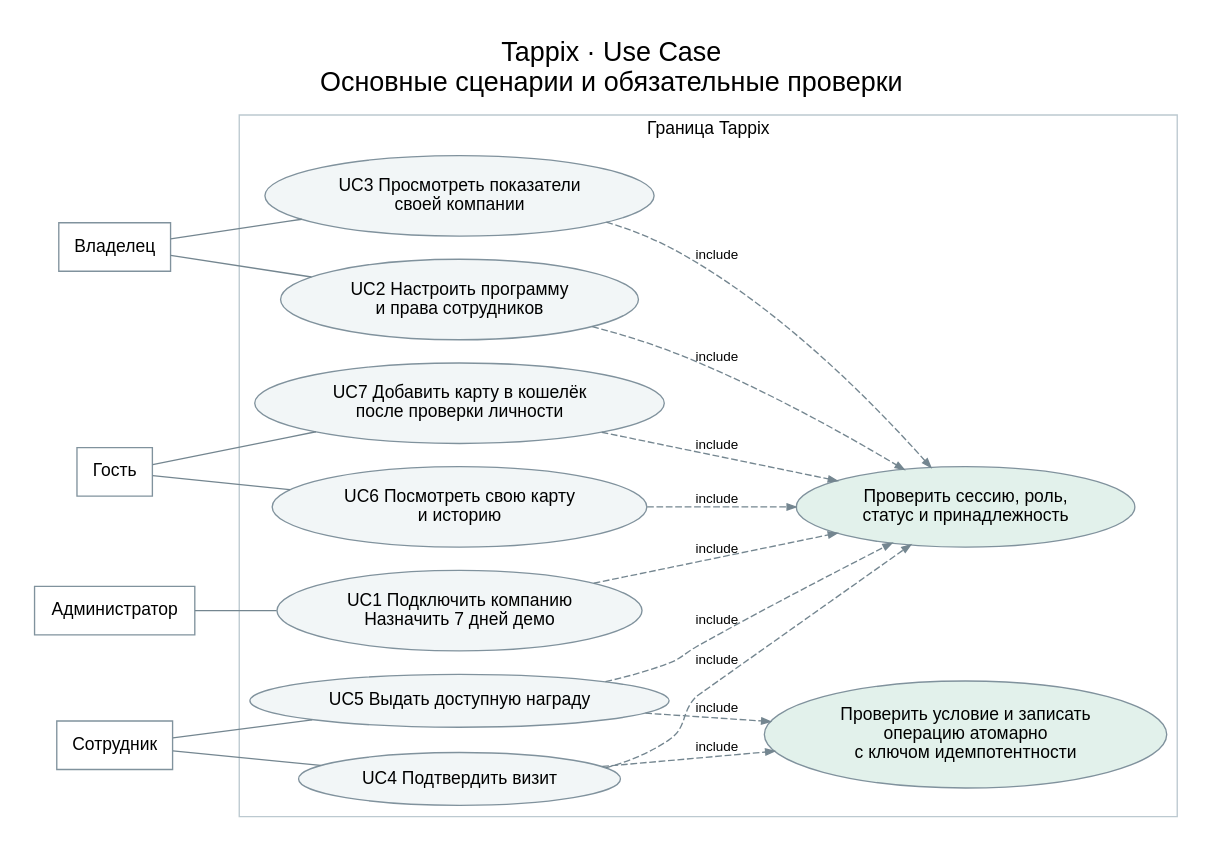
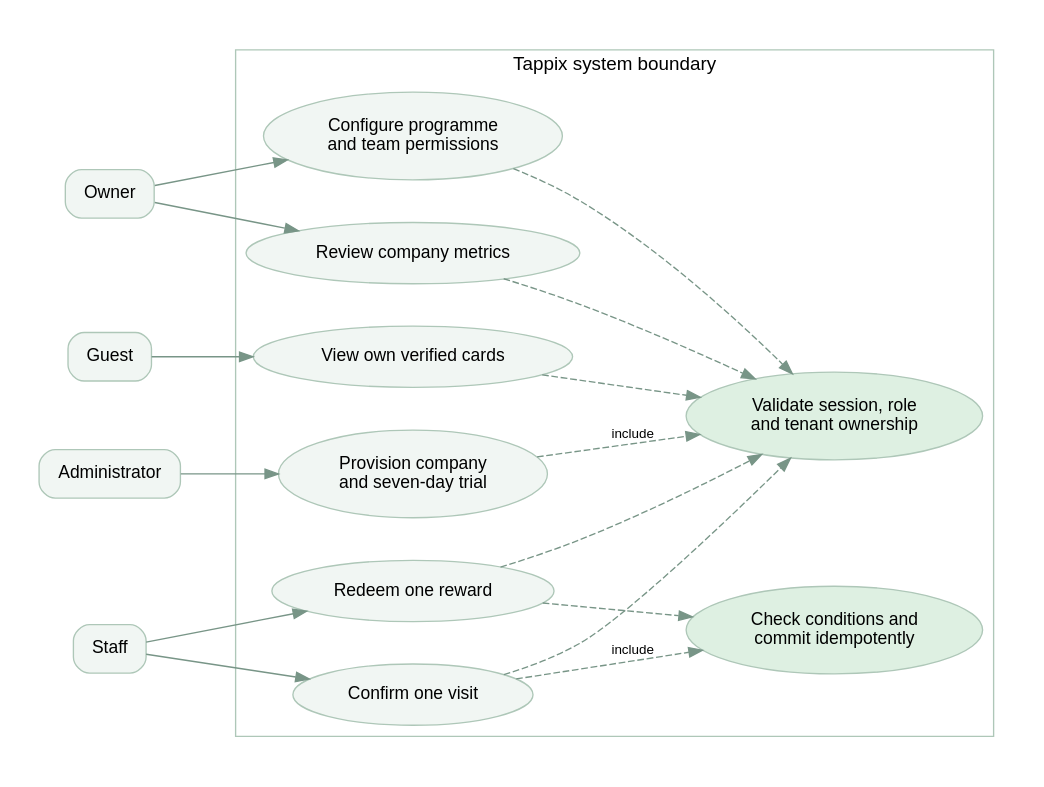
Before and after one commit to islqdev/tappix-diploma: the diagram in diagrams/use-cases.dot, drawn with Graphviz. The commit also changed 42 other files, not shown here.

```diff
--- a/diagrams/use-cases.dot
+++ b/diagrams/use-cases.dot
@@ -1,36 +1,5 @@
-digraph UseCases {
-  graph [rankdir=LR, bgcolor="white", pad=0.25, nodesep=0.25, ranksep=0.55, fontname="Arial", label="Tappix · Use Case\nОсновные сценарии и обязательные проверки", labelloc=t, fontsize=20];
-  node [fontname="Arial", fontsize=13, color="#80929D", margin="0.15,0.1"];
-  edge [fontname="Arial", fontsize=10, color="#748690", arrowsize=0.65];
-  admin [shape=box, label="Администратор"];
-  owner [shape=box, label="Владелец"];
-  staff [shape=box, label="Сотрудник"];
-  guest [shape=box, label="Гость"];
-  {rank=same; admin; owner; staff; guest;}
-  subgraph cluster_system {
-    label="Граница Tappix"; color="#BCC9D0"; fontname="Arial"; fontsize=13;
-    node [shape=ellipse, style=filled, fillcolor="#F2F6F7"];
-    provision [label="UC1 Подключить компанию\nНазначить 7 дней демо"];
-    configure [label="UC2 Настроить программу\nи права сотрудников"];
-    analytics [label="UC3 Просмотреть показатели\nсвоей компании"];
-    visit [label="UC4 Подтвердить визит"];
-    reward [label="UC5 Выдать доступную награду"];
-    card [label="UC6 Посмотреть свою карту\nи историю"];
-    wallet [label="UC7 Добавить карту в кошелёк\nпосле проверки личности"];
-    access [label="Проверить сессию, роль,\nстатус и принадлежность", fillcolor="#E2F1EB"];
-    atomic [label="Проверить условие и записать\nоперацию атомарно\nс ключом идемпотентности", fillcolor="#E2F1EB"];
-  }
-  admin -> provision [arrowhead=none];
-  owner -> configure [arrowhead=none]; owner -> analytics [arrowhead=none];
-  staff -> visit [arrowhead=none]; staff -> reward [arrowhead=none];
-  guest -> card [arrowhead=none]; guest -> wallet [arrowhead=none];
-  provision -> access [style=dashed, label="include"];
-  configure -> access [style=dashed, label="include"];
-  analytics -> access [style=dashed, label="include"];
-  visit -> access [style=dashed, label="include"];
-  reward -> access [style=dashed, label="include"];
-  card -> access [style=dashed, label="include"];
-  wallet -> access [style=dashed, label="include"];
-  visit -> atomic [style=dashed, label="include"];
-  reward -> atomic [style=dashed, label="include"];
-}
+digraph G {graph [bgcolor="white",pad="0.3",nodesep="0.45",ranksep="0.65",fontname="Arial"]; node [shape=box,style="rounded,filled",fillcolor="#F1F6F3",color="#AEC7B8",fontname="Arial",fontsize=13,margin="0.18,0.12"]; edge [color="#789587",fontname="Arial",fontsize=10];rankdir=LR; admin [label="Administrator"]; owner [label="Owner"]; staff [label="Staff"]; guest [label="Guest"]; subgraph cluster_system {label="Tappix system boundary";fontname="Arial";color="#AEC7B8"; node [shape=ellipse]; uc1 [label="Provision company
+and seven-day trial"]; uc2 [label="Configure programme
+and team permissions"]; uc3 [label="Review company metrics"]; uc4 [label="Confirm one visit"]; uc5 [label="Redeem one reward"]; uc6 [label="View own verified cards"]; auth [label="Validate session, role
+and tenant ownership",fillcolor="#DEF0E2"]; tx [label="Check conditions and
+commit idempotently",fillcolor="#DEF0E2"];} admin->uc1;owner->uc2;owner->uc3;staff->uc4;staff->uc5;guest->uc6; uc1->auth [style=dashed,label="include"];uc2->auth [style=dashed];uc3->auth [style=dashed];uc4->auth [style=dashed];uc5->auth [style=dashed];uc6->auth [style=dashed];uc4->tx [style=dashed,label="include"];uc5->tx [style=dashed];}
```
